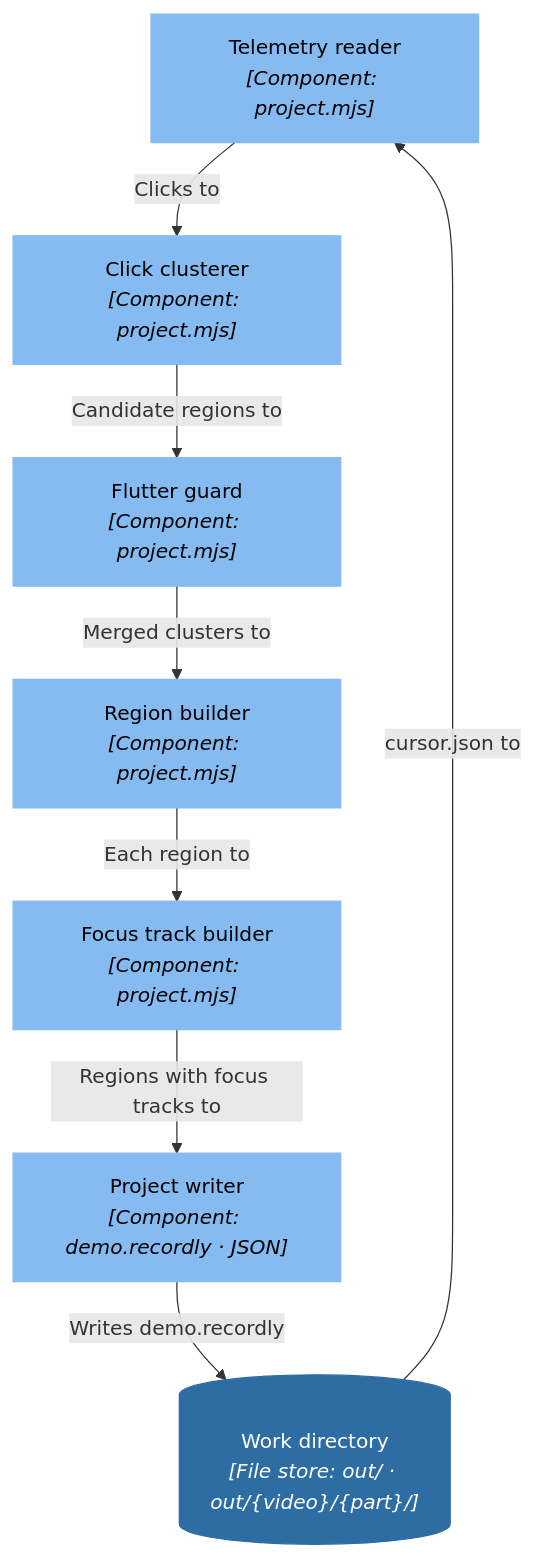
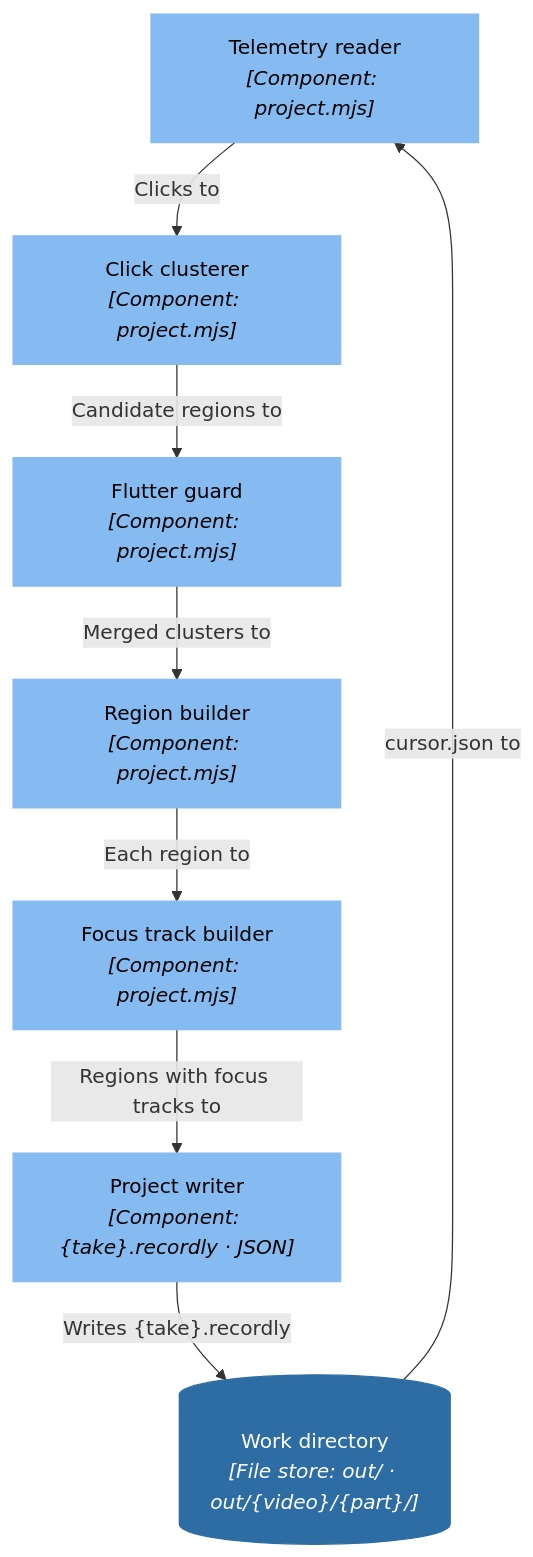
Before and after one commit to ssunduko/product-video: the seventh of 13 diagrams in docs/C4.md, drawn with Mermaid. The commit also changed other lines of this file and 16 other files, not shown here.

First line of the commit message:
Add click-tracking video, sample reference video, per-take zoom project name

````diff
--- a/docs/C4.md
+++ b/docs/C4.md
@@ -508,25 +508,25 @@
 ```mermaid
 flowchart TD
   n66["Telemetry reader<br/><i>[Component: project.mjs]</i>"]
   n67["Click clusterer<br/><i>[Component: project.mjs]</i>"]
   n68["Flutter guard<br/><i>[Component: project.mjs]</i>"]
   n69["Region builder<br/><i>[Component: project.mjs]</i>"]
   n70["Focus track builder<br/><i>[Component: project.mjs]</i>"]
-  n71["Project writer<br/><i>[Component: demo.recordly · JSON]</i>"]
+  n71["Project writer<br/><i>[Component: {take}.recordly · JSON]</i>"]
   n22[("Work directory<br/><i>[File store: out/ · out/{video}/{part}/]</i>")]
   n22 -->|"cursor.json to"| n66
   n66 -->|"Clicks to"| n67
   n67 -->|"Candidate regions to"| n68
   n68 -->|"Merged clusters to"| n69
   n69 -->|"Each region to"| n70
   n70 -->|"Regions with focus tracks to"| n71
-  n71 -->|"Writes demo.recordly"| n22
+  n71 -->|"Writes {take}.recordly"| n22
   classDef person fill:#08427b,stroke:#08427b,color:#ffffff;
   classDef system fill:#1168bd,stroke:#1168bd,color:#ffffff;
   classDef external fill:#999999,stroke:#999999,color:#ffffff;
   classDef container fill:#438dd5,stroke:#438dd5,color:#ffffff;
   classDef store fill:#2e6da4,stroke:#2e6da4,color:#ffffff;
   classDef component fill:#85bbf0,stroke:#85bbf0,color:#000000;
   class n22 store;
   class n66,n67,n68,n69,n70,n71 component;
 ```
````
